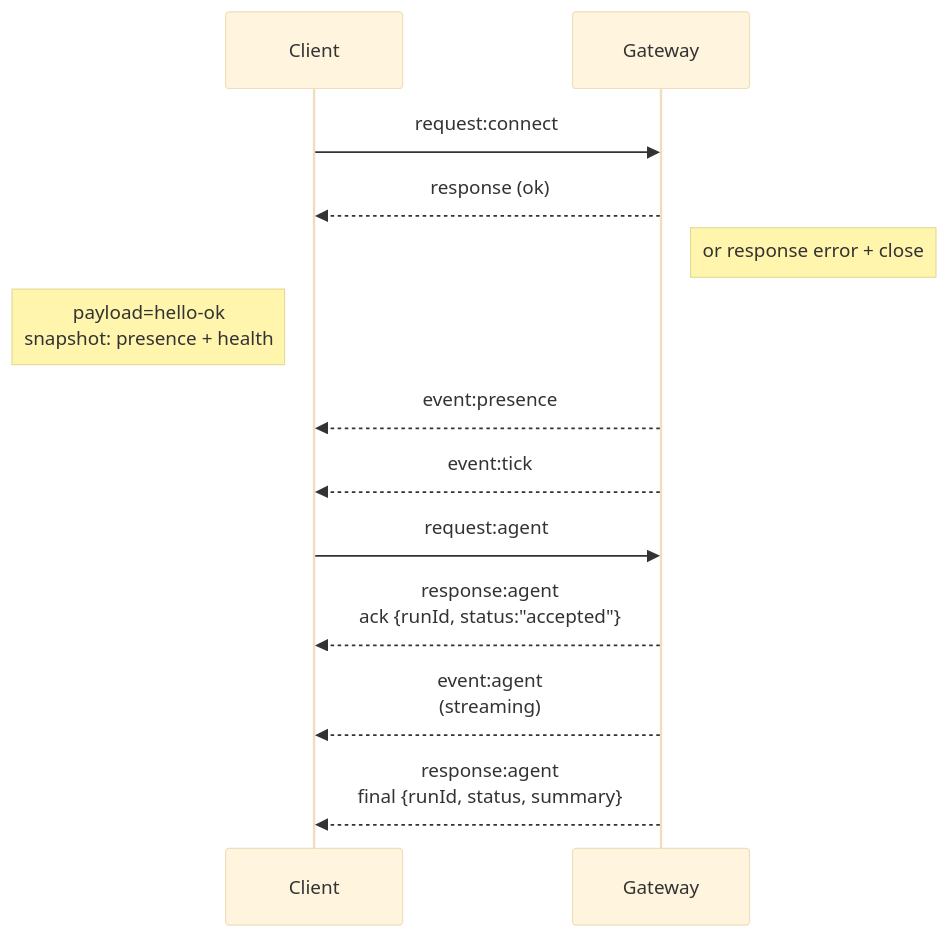
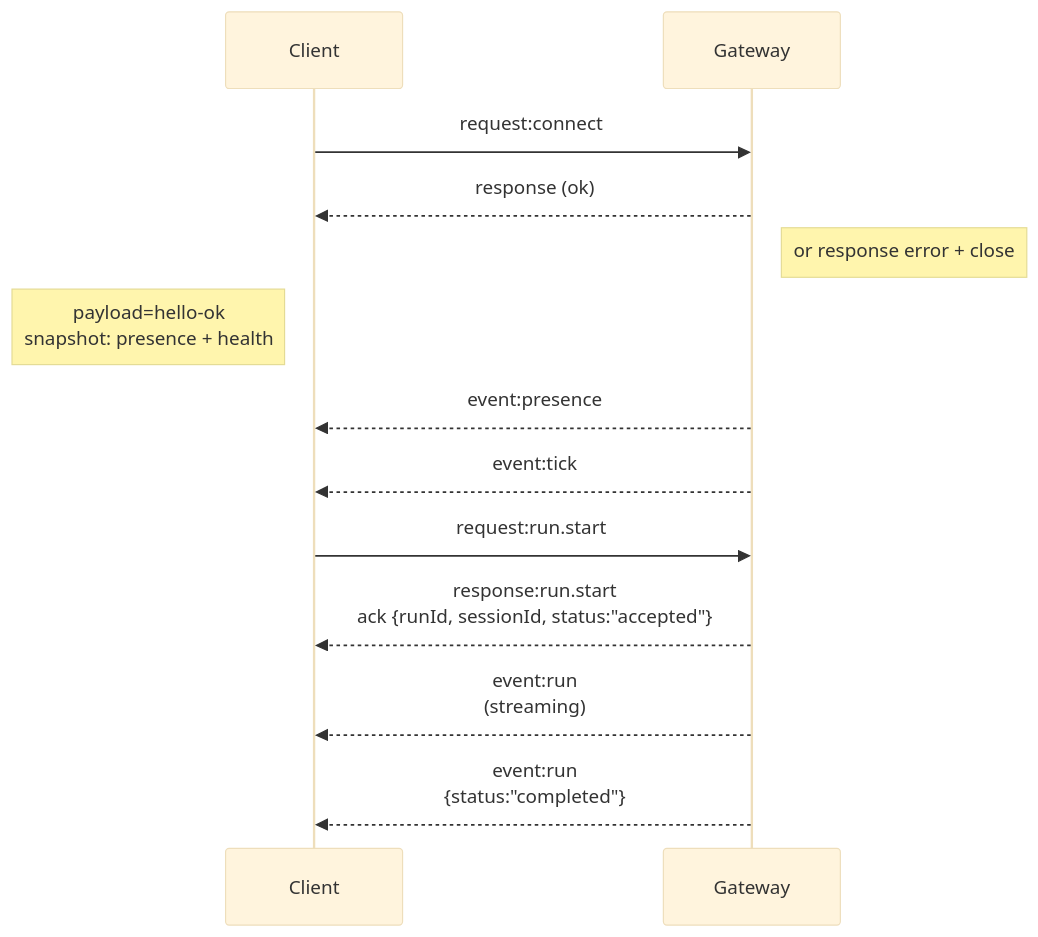
One commit to thiezn/NEXO changed the first of 3 diagrams in docs/src/nexo/architecture.md. Above: the diagram before and after it, drawn with Mermaid (base theme). The commit also changed other lines of this file and 106 other files, not shown here.

````diff
--- a/docs/src/nexo/architecture.md
+++ b/docs/src/nexo/architecture.md
@@ -47,18 +48,18 @@
 ```mermaid
 sequenceDiagram
     participant Client
     participant Gateway
 
     Client->>Gateway: request:connect
     Gateway-->>Client: response (ok)
     Note right of Gateway: or response error + close
     Note left of Client: payload=hello-ok<br>snapshot: presence + health
 
     Gateway-->>Client: event:presence
     Gateway-->>Client: event:tick
 
-    Client->>Gateway: request:agent
-    Gateway-->>Client: response:agent<br>ack {runId, status:"accepted"}
-    Gateway-->>Client: event:agent<br>(streaming)
-    Gateway-->>Client: response:agent<br>final {runId, status, summary}
+    Client->>Gateway: request:run.start
+    Gateway-->>Client: response:run.start<br>ack {runId, sessionId, status:"accepted"}
+    Gateway-->>Client: event:run<br>(streaming)
+    Gateway-->>Client: event:run<br>{status:"completed"}
 ```
````
